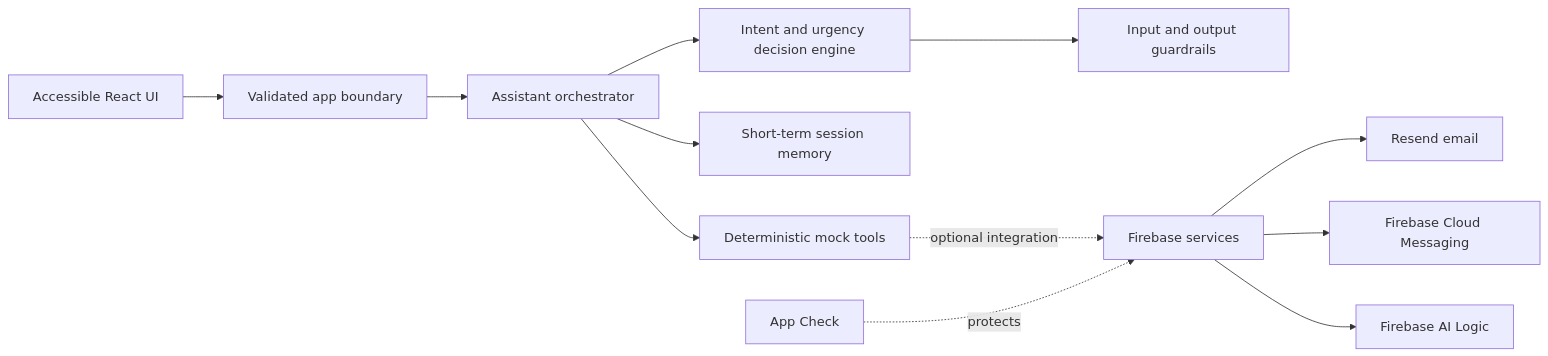
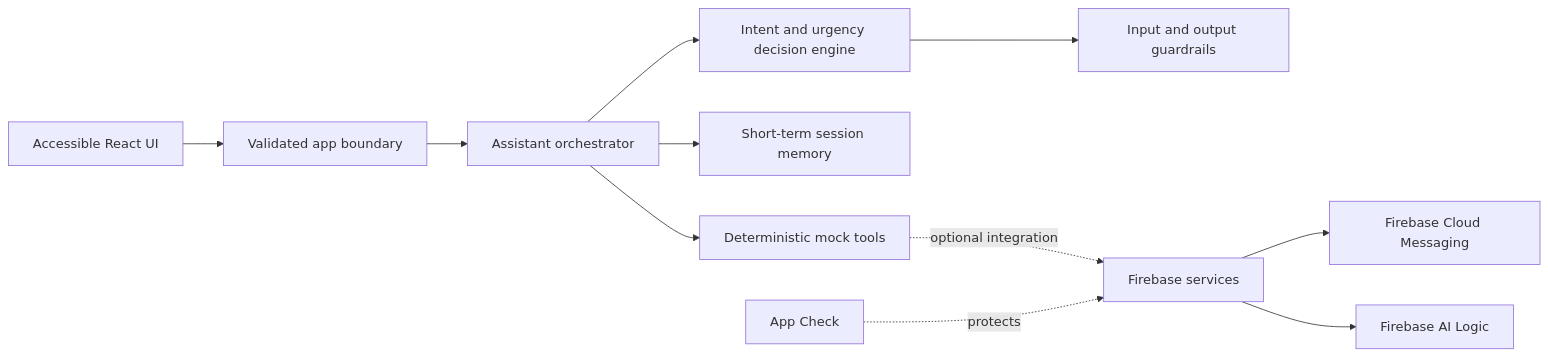
Before and after one commit to rashiyaom/promptwars-catalyst-assistant: the first of 2 diagrams in README.md, drawn with Mermaid. The commit also changed other lines of this file and 62 other files, not shown here.

````diff
--- a/README.md
+++ b/README.md
@@ -62,14 +60,13 @@
 ```mermaid
 flowchart LR
   UI[Accessible React UI] --> API[Validated app boundary]
   API --> AGENT[Assistant orchestrator]
   AGENT --> DECIDE[Intent and urgency decision engine]
   DECIDE --> GUARD[Input and output guardrails]
   AGENT --> MEMORY[Short-term session memory]
   AGENT --> TOOLS[Deterministic mock tools]
   TOOLS -. optional integration .-> FB[Firebase services]
-  FB --> EMAIL[Resend email]
   FB --> PUSH[Firebase Cloud Messaging]
   FB --> AI[Firebase AI Logic]
   APP[App Check] -. protects .-> FB
 ```
````
